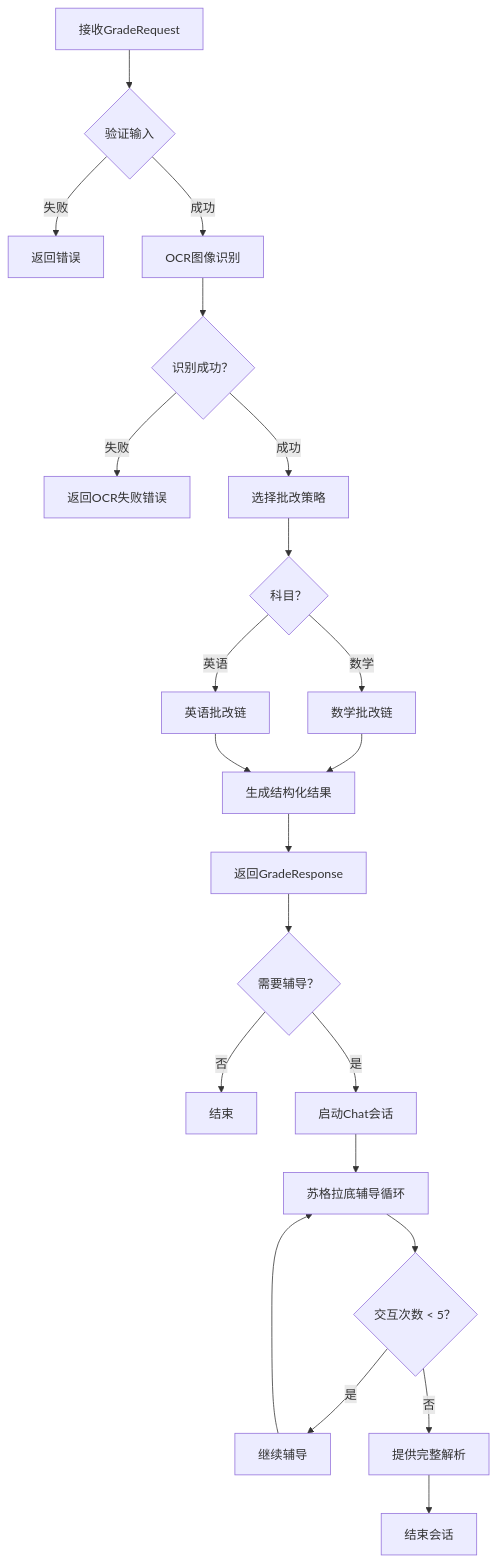
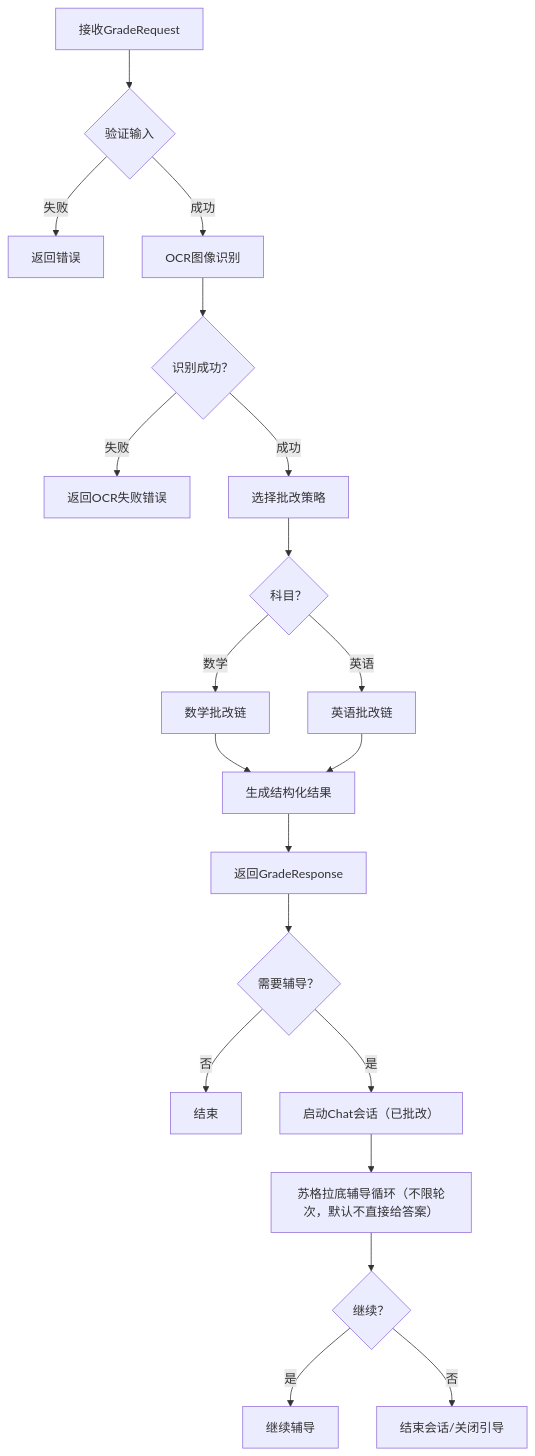
Before and after one commit to frank28mm/noteacher: the diagram in agent_sop.md, drawn with Mermaid. The commit also changed other lines of this file and 27 other files, not shown here.

````diff
--- a/agent_sop.md
+++ b/agent_sop.md
@@ -63,24 +65,22 @@
 ```mermaid
 graph TD
     A[接收GradeRequest] --> B{验证输入}
     B -->|失败| C[返回错误]
     B -->|成功| D[OCR图像识别]
     D --> E{识别成功？}
     E -->|失败| F[返回OCR失败错误]
     E -->|成功| G[选择批改策略]
     G --> H{科目？}
     H -->|数学| I[数学批改链]
     H -->|英语| J[英语批改链]
     I --> K[生成结构化结果]
     J --> K
     K --> L[返回GradeResponse]
     L --> M{需要辅导？}
     M -->|否| N[结束]
-    M -->|是| O[启动Chat会话]
-    O --> P[苏格拉底辅导循环]
-    P --> Q{交互次数 < 5？}
+    M -->|是| O[启动Chat会话（已批改）]
+    O --> P[苏格拉底辅导循环（不限轮次，默认不直接给答案）]
+    P --> Q{继续？}
     Q -->|是| R[继续辅导]
-    R --> P
-    Q -->|否| S[提供完整解析]
-    S --> T[结束会话]
+    Q -->|否| S[结束会话/关闭引导]
 ```
````
